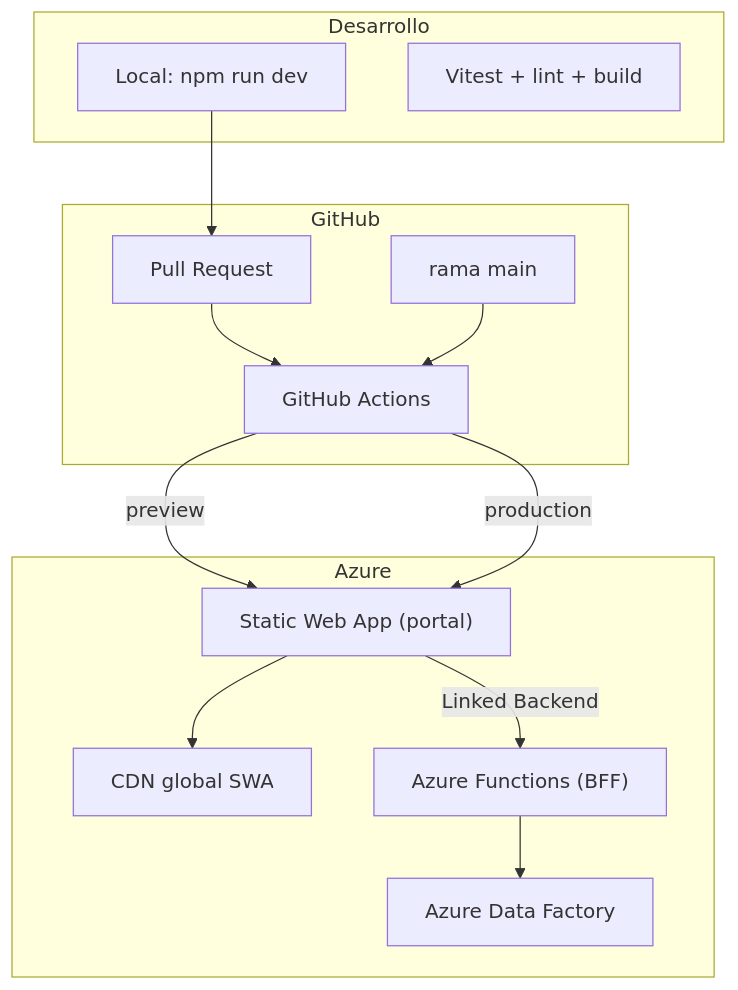
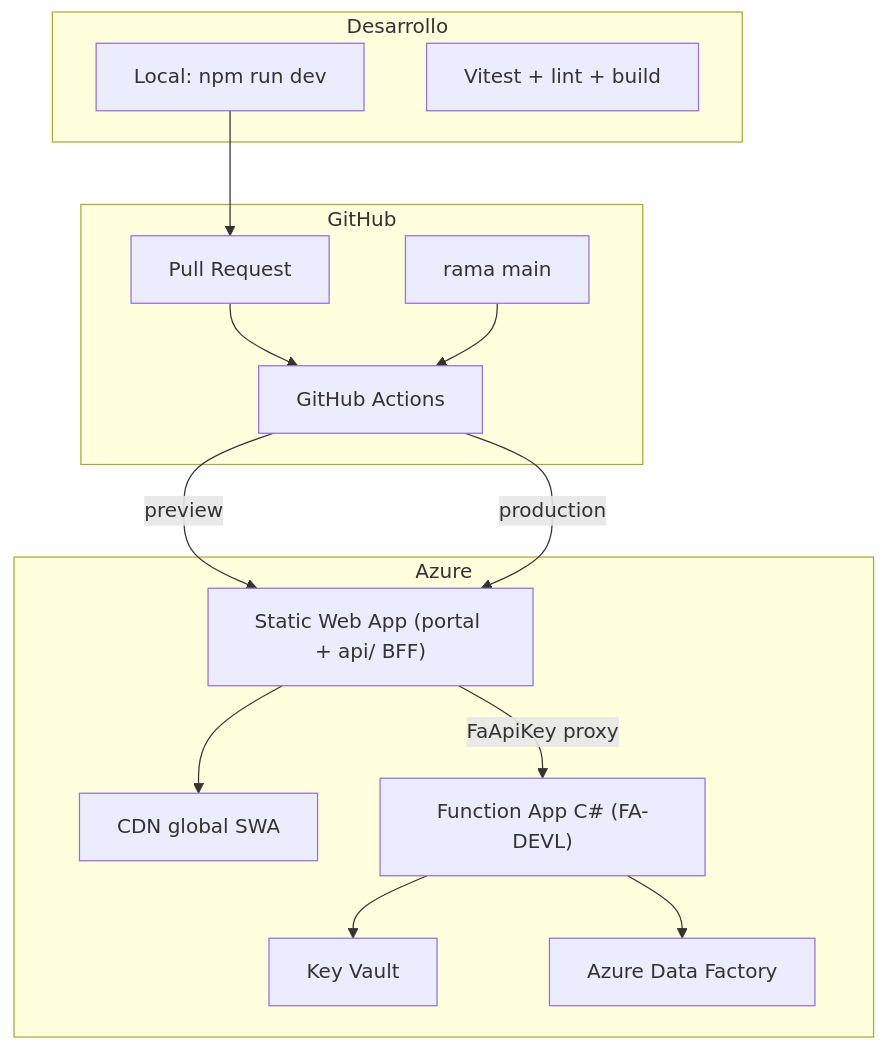
One commit to miguelgr716playful/AutomatizacionLicencias changed the first of 2 diagrams in docs/DEPLOY-AZURE-SWA.md. Above: the diagram before and after it, drawn with Mermaid. The commit also changed other lines of this file and 159 other files, not shown here.

````diff
--- a/docs/DEPLOY-AZURE-SWA.md
+++ b/docs/DEPLOY-AZURE-SWA.md
@@ -26,29 +26,31 @@
 ```mermaid
 flowchart TB
     subgraph dev["Desarrollo"]
         Dev["Local: npm run dev"]
         Tests["Vitest + lint + build"]
     end
 
     subgraph github["GitHub"]
         PR["Pull Request"]
         Main["rama main"]
         GHA["GitHub Actions"]
     end
 
     subgraph azure["Azure"]
-        SWA["Static Web App (portal)"]
+        SWA["Static Web App (portal + api/ BFF)"]
         CDN["CDN global SWA"]
-        Fn["Azure Functions (BFF)"]
+        FA["Function App C# (FA-DEVL)"]
+        KV["Key Vault"]
         ADF["Azure Data Factory"]
     end
 
     Dev --> PR
     PR --> GHA
     GHA -->|"preview"| SWA
     Main --> GHA
     GHA -->|"production"| SWA
     SWA --> CDN
-    SWA -->|"Linked Backend"| Fn
-    Fn --> ADF
+    SWA -->|"FaApiKey proxy"| FA
+    FA --> KV
+    FA --> ADF
 ```
````
